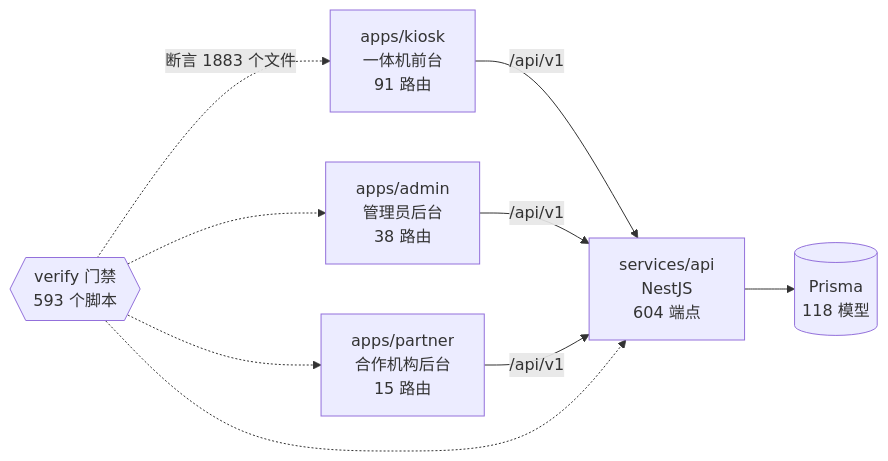
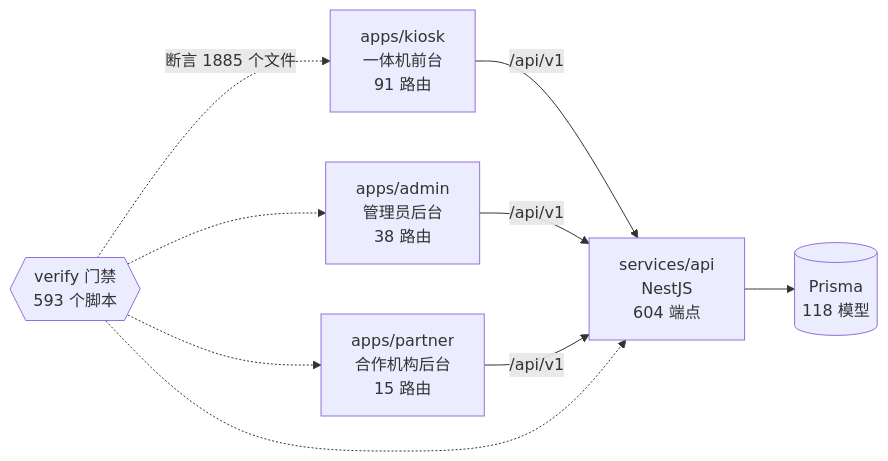
The diagram in docs/graph/README.md (wanglei581/YITIJI), drawn with Mermaid before and after one commit. The commit also changed other lines of this file and 22 other files, not shown here.

````diff
--- a/docs/graph/README.md
+++ b/docs/graph/README.md
@@ -68,18 +68,18 @@
 ```mermaid
 flowchart LR
   kiosk["apps/kiosk<br/>一体机前台<br/>91 路由"]
   admin["apps/admin<br/>管理员后台<br/>38 路由"]
   partner["apps/partner<br/>合作机构后台<br/>15 路由"]
   api["services/api<br/>NestJS<br/>604 端点"]
   db[("Prisma<br/>118 模型")]
   gates{{"verify 门禁<br/>593 个脚本"}}
 
   kiosk -->|"/api/v1"| api
   admin -->|"/api/v1"| api
   partner -->|"/api/v1"| api
   api --> db
-  gates -.->|"断言 1883 个文件"| kiosk
+  gates -.->|"断言 1885 个文件"| kiosk
   gates -.-> admin
   gates -.-> partner
   gates -.-> api
 ```
````
